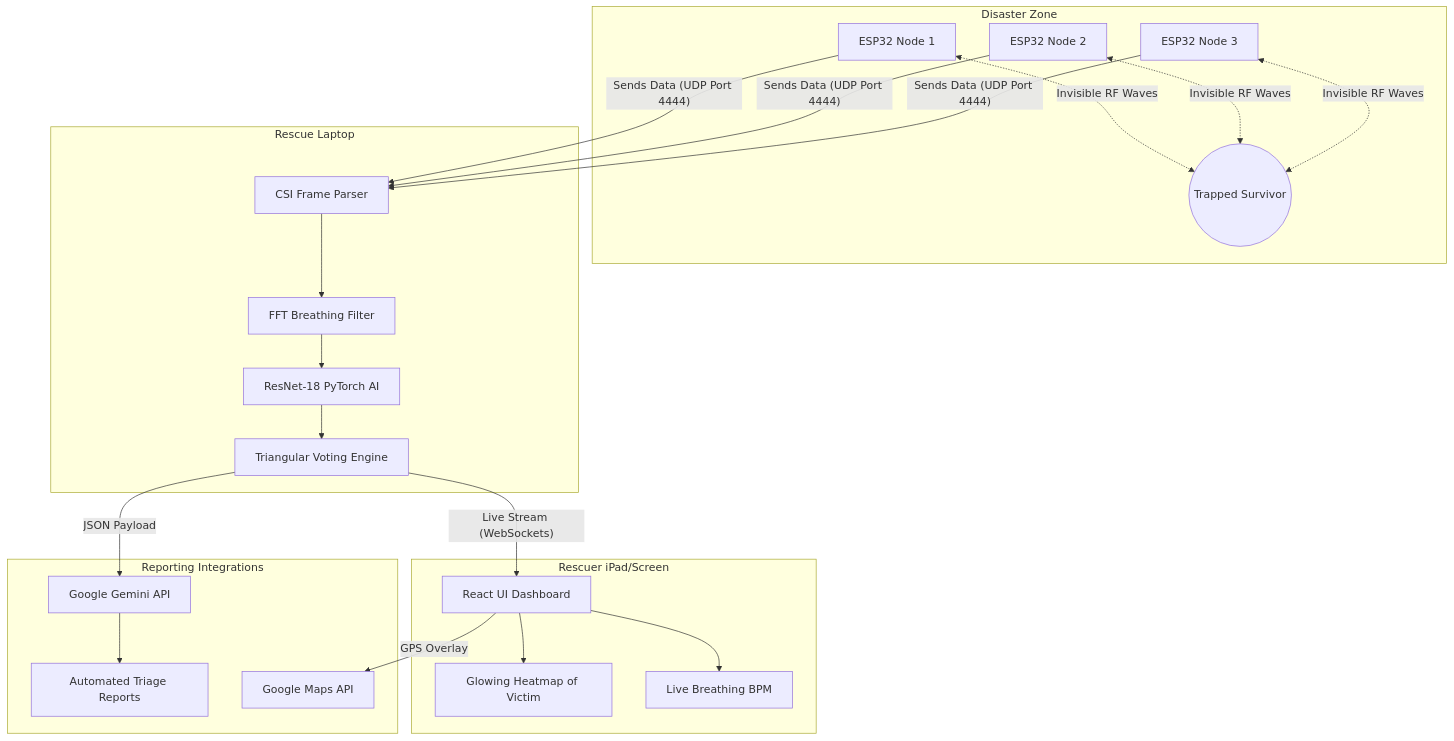
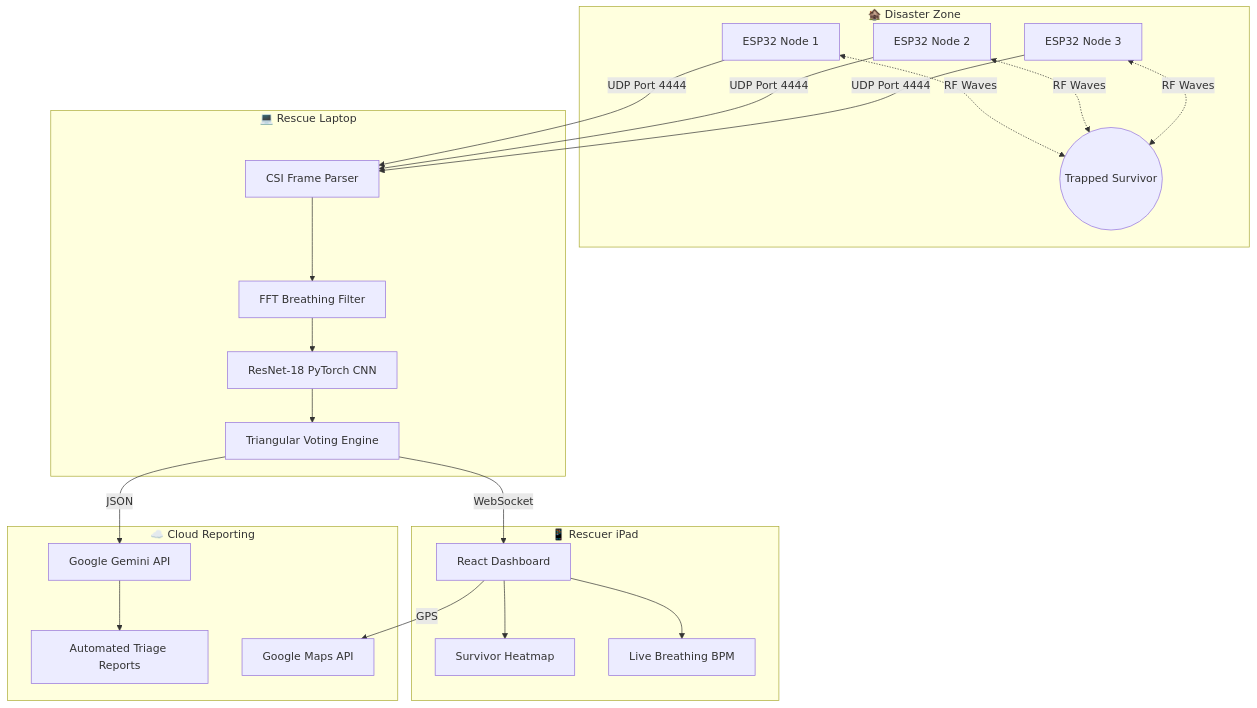
The diagram in README.md (PhoniexCoder/Tri-fi), drawn with Mermaid before and after one commit. The commit also changed other lines of this file and 1 other file, not shown here.

````diff
--- a/README.md
+++ b/README.md
@@ -117,35 +179,35 @@
 ```mermaid
 graph TD
-    subgraph Debris Field [Disaster Zone]
+    subgraph Debris Field [🏚️ Disaster Zone]
         Victim((Trapped Survivor))
         N1[ESP32 Node 1]
         N2[ESP32 Node 2]
         N3[ESP32 Node 3]
-        
-        N1 <-. Invisible RF Waves .-> Victim
-        N2 <-. Invisible RF Waves .-> Victim
-        N3 <-. Invisible RF Waves .-> Victim
+
+        N1 <-. RF Waves .-> Victim
+        N2 <-. RF Waves .-> Victim
+        N3 <-. RF Waves .-> Victim
     end
 
-    subgraph Edge Compute Host [Rescue Laptop]
-        N1 -- Sends Data (UDP Port 4444) --> Parser[CSI Frame Parser]
-        N2 -- Sends Data (UDP Port 4444) --> Parser
-        N3 -- Sends Data (UDP Port 4444) --> Parser
-        
+    subgraph Edge Compute Host [💻 Rescue Laptop]
+        N1 -- UDP Port 4444 --> Parser[CSI Frame Parser]
+        N2 -- UDP Port 4444 --> Parser
+        N3 -- UDP Port 4444 --> Parser
+
         Parser --> Preproc[FFT Breathing Filter]
-        Preproc --> ML[ResNet-18 PyTorch AI]
+        Preproc --> ML[ResNet-18 PyTorch CNN]
         ML --> Logic[Triangular Voting Engine]
     end
 
-    subgraph Command Center [Rescuer iPad/Screen]
-        Logic -- Live Stream (WebSockets) --> React[React UI Dashboard]
-        React --> Heatmap[Glowing Heatmap of Victim]
+    subgraph Command Center [📱 Rescuer iPad]
+        Logic -- WebSocket --> React[React Dashboard]
+        React --> Heatmap[Survivor Heatmap]
         React --> Vitals[Live Breathing BPM]
     end
 
-    subgraph Google Cloud [Reporting Integrations]
-        Logic -- JSON Payload --> Gemini[Google Gemini API]
+    subgraph Google Cloud [☁️ Cloud Reporting]
+        Logic -- JSON --> Gemini[Google Gemini API]
         Gemini --> Report[Automated Triage Reports]
-        React -- GPS Overlay --> GMaps[Google Maps API]
+        React -- GPS --> GMaps[Google Maps API]
     end
 ```
````
